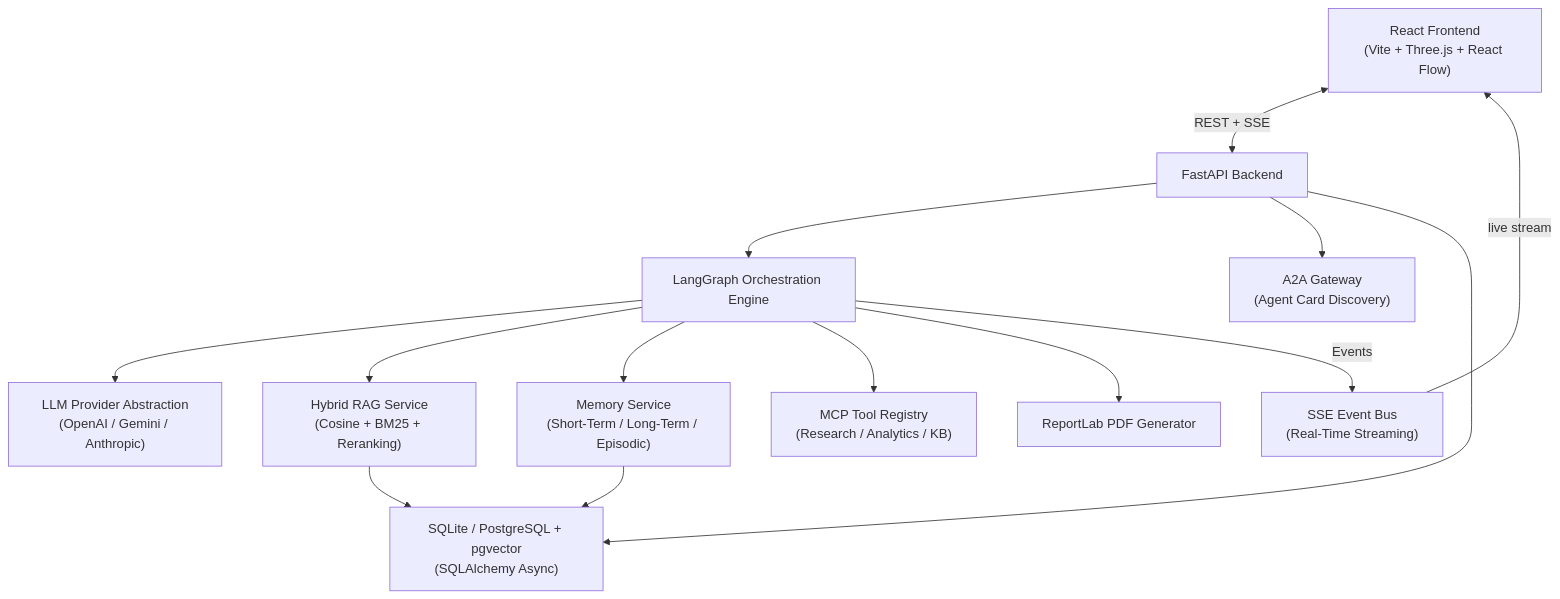
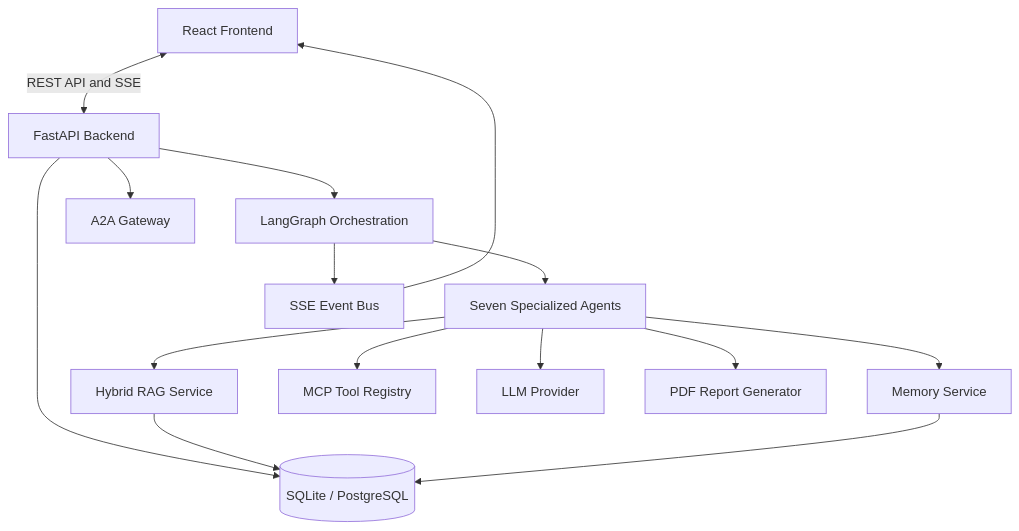
Before and after one commit to DIPANSHI-10/Autonomous-Enterprise-Intelligence-System: the diagram in README.md, drawn with Mermaid. The commit also changed other lines of this file, not shown here.

````diff
--- a/README.md
+++ b/README.md
@@ -110,28 +105,30 @@
 ```mermaid
 flowchart TD
-    UI["React Frontend\n(Vite + Three.js + React Flow)"]
-    API["FastAPI Backend"]
-    LG["LangGraph Orchestration Engine"]
-    DB["SQLite / PostgreSQL + pgvector\n(SQLAlchemy Async)"]
-    RAG["Hybrid RAG Service\n(Cosine + BM25 + Reranking)"]
-    MEM["Memory Service\n(Short-Term / Long-Term / Episodic)"]
-    MCP["MCP Tool Registry\n(Research / Analytics / KB)"]
-    A2A["A2A Gateway\n(Agent Card Discovery)"]
-    LLM["LLM Provider Abstraction\n(OpenAI / Gemini / Anthropic)"]
-    SSE["SSE Event Bus\n(Real-Time Streaming)"]
-    PDF["ReportLab PDF Generator"]
+    UI[React Frontend]
+    API[FastAPI Backend]
+    LG[LangGraph Orchestration]
+    AG[Seven Specialized Agents]
+    RAG[Hybrid RAG Service]
+    MEM[Memory Service]
+    MCP[MCP Tool Registry]
+    A2A[A2A Gateway]
+    DB[(SQLite / PostgreSQL)]
+    LLM[LLM Provider]
+    SSE[SSE Event Bus]
+    PDF[PDF Report Generator]
 
-    UI <-->|REST + SSE| API
+    UI <-->|REST API and SSE| API
     API --> LG
-    LG --> LLM
-    LG --> RAG
-    LG --> MEM
-    LG --> MCP
-    LG --> PDF
+    LG --> AG
+    AG --> LLM
+    AG --> RAG
+    AG --> MEM
+    AG --> MCP
+    AG --> PDF
     API --> A2A
     API --> DB
     RAG --> DB
     MEM --> DB
-    LG -->|Events| SSE
-    SSE -->|live stream| UI
+    LG --> SSE
+    SSE --> UI
 ```
````
